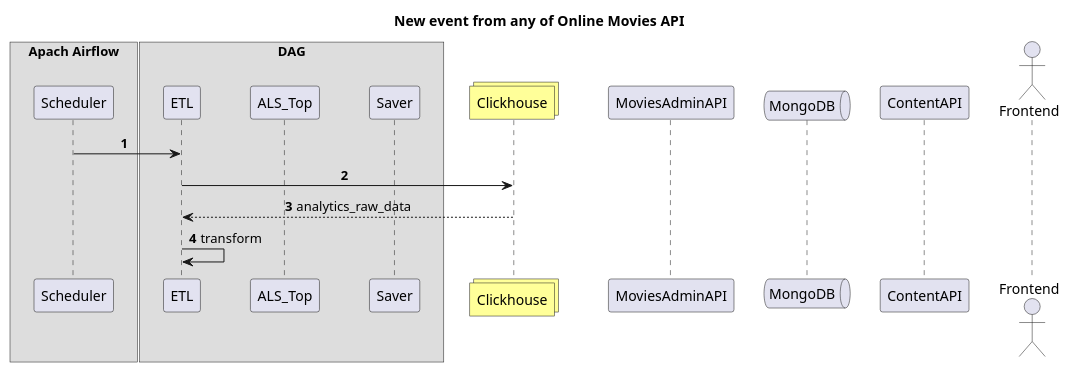
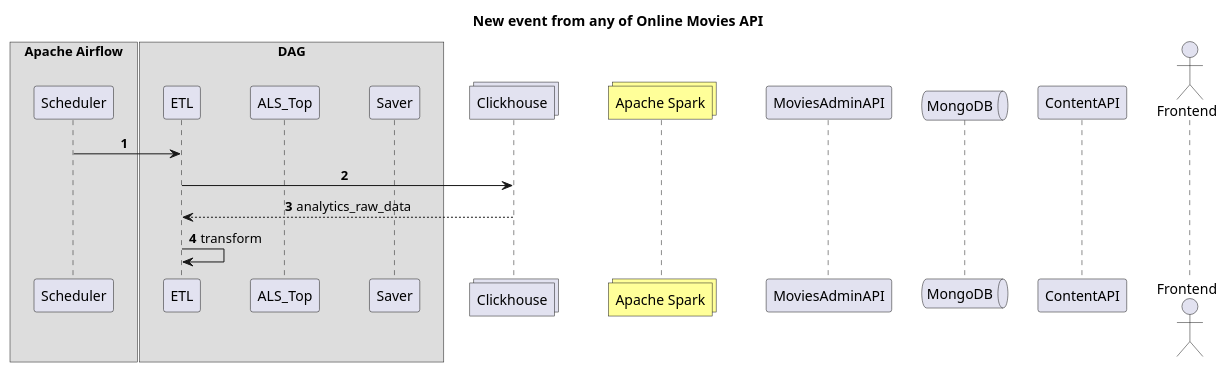
The diagram in schemas/recommender_system.puml (xh4vm/graduate_work), drawn with PlantUML before and after one commit. The commit also changed 2 other files, not shown here.

Commit message:
Fix spark volumes

```diff
--- a/schemas/recommender_system.puml
+++ b/schemas/recommender_system.puml
@@ -1,81 +1,82 @@
 @startuml
 autonumber
 skinparam sequence {
 	ParticipantPadding 20
 	MessageAlign center
 	skinparam BoxPadding 20
 }
 
 title New event from any of Online Movies API
 
-box Apach Airflow
+box Apache Airflow
 participant Scheduler as sch order 10
 box DAG
 participant ETL as etl order 20
 participant ALS_Top as als order 30
 participant Saver as sv order 35
 end box
 end box
-collections Clickhouse as cl order 40 #FFFF99
-participant MoviesAdminAPI as a_api order 41
+collections Clickhouse as cl order 40
+collections "Apache Spark" as spark order 41 #FFFF99
+participant MoviesAdminAPI as a_api order 42
 queue MongoDB as mng order 50
 participant ContentAPI as c_api order 60
 actor Frontend as frn order 70
 
 sch -> etl
 etl -> cl
 return analytics_raw_data
 
 etl -> etl: transform
 
 'api_p -> api_n: event
 'note left
 'name_of_event_source
 'name_type_event
 'context
 'created
 'end note
 'api_n -> q: NewEvent
 'q -> b: NewEvent
 
 'group #ebfafa Build email
 'loop #c2f0f0 for message in queue
 'q -> b: message
 'b -> api_a: get user data
 'note left
 'user_id,
 'name_event: str,
 'end note
 'return user
 'note left
 'None if not permissions for this event or inappropriate timezone
 'user_email, user_name
 'end note
 'alt #c2f0f0 user not None
 'b -> db: get type_event data (message.name_event)
 'return type_event data
 'note left
 'subject, template
 'end note
 'b -> b: render email_text
 'b -> q: email_message_for_send
 'note right
 'message.likes_request_date,
 'message.review_id,
 'email_text
 'end note
 'end alt
 'end loop
 'end group
 '
 'loop #fff2e6 Send email
 'q -> s: message
 's -> em: message
 'em -> s: OK
 'note right
 'message.review_id,
 'likes_request_date
 'end note
 'end loop
 
 @enduml
```
